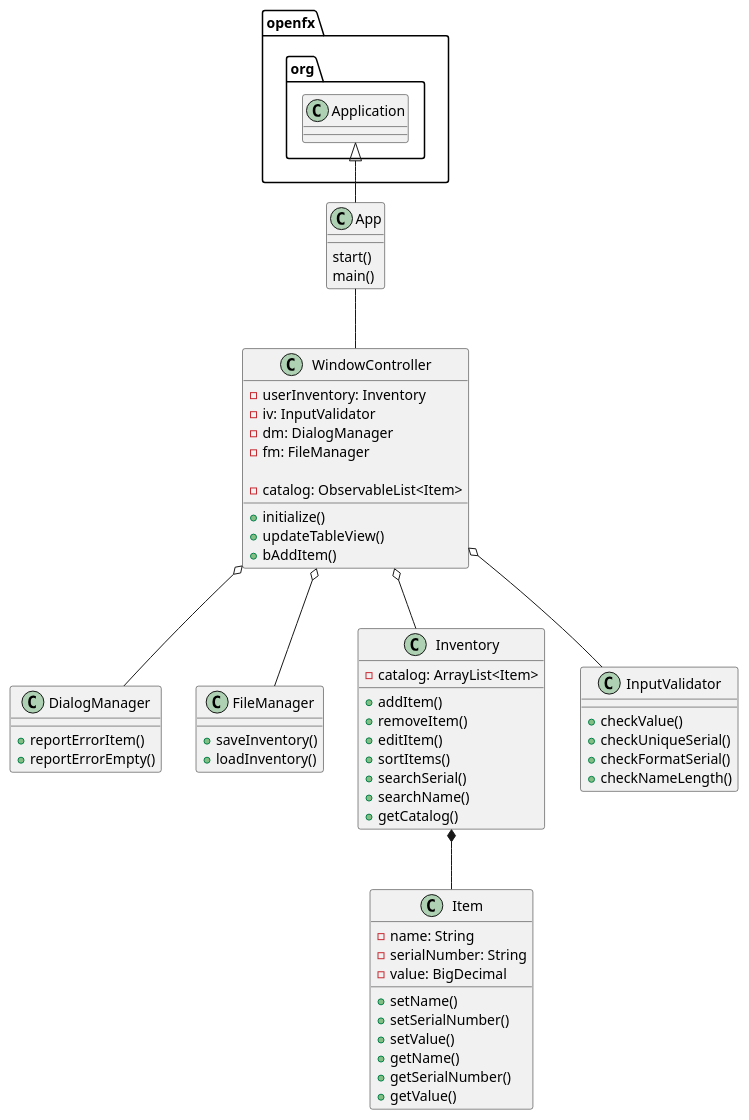
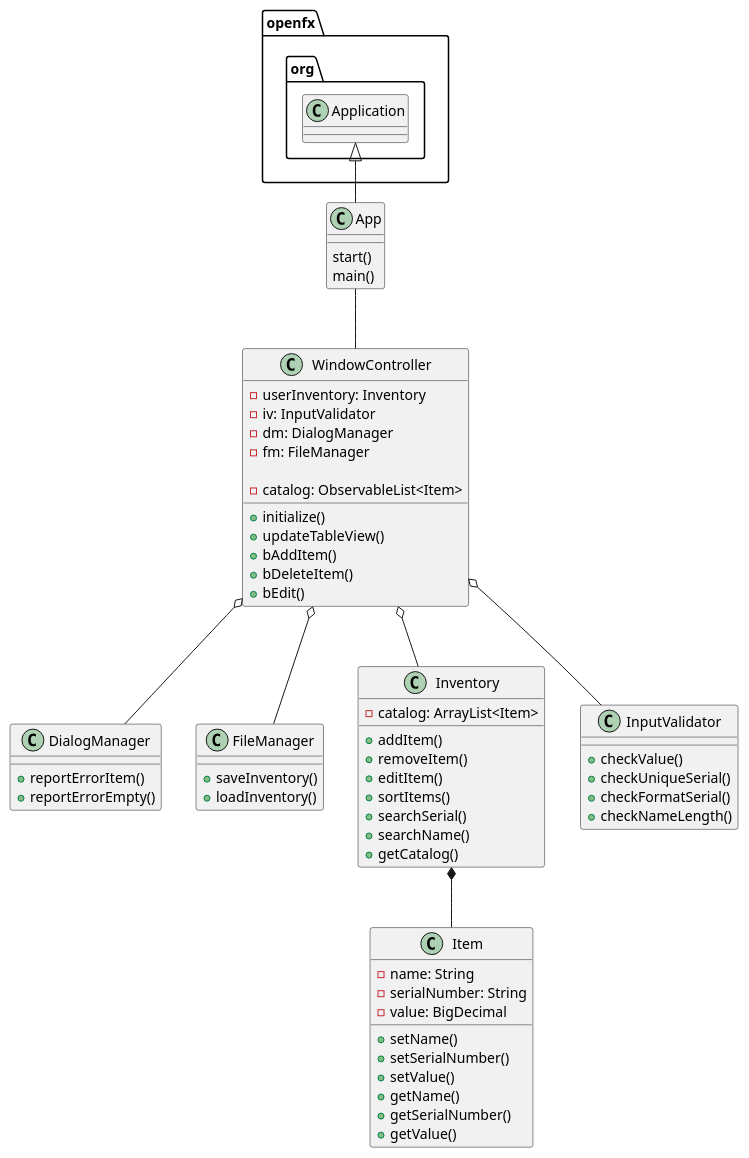
The diagram in uml/Inventory.puml (kingraham228/Ingraham-7945-a5), drawn with PlantUML before and after one commit. The commit also changed 4 other files, not shown here.

Commit message:
Edit item testing

```diff
--- a/uml/Inventory.puml
+++ b/uml/Inventory.puml
@@ -1,69 +1,71 @@
 @startuml
 class App{
 start()
 main()
 }
 
 class WindowController{
 - userInventory: Inventory
 - iv: InputValidator
 - dm: DialogManager
 - fm: FileManager
 
 - catalog: ObservableList<Item>
 
 +initialize()
 +updateTableView()
 +bAddItem()
++bDeleteItem()
++bEdit()
 }
 
 class DialogManager{
 +reportErrorItem()
 +reportErrorEmpty()
 }
 
 class FileManager{
 +saveInventory()
 +loadInventory()
 }
 
 class Inventory{
 - catalog: ArrayList<Item>
 
 +addItem()
 +removeItem()
 +editItem()
 +sortItems()
 +searchSerial()
 +searchName()
 +getCatalog()
 }
 
 class Item{
 -name: String
 -serialNumber: String
 -value: BigDecimal
 
 +setName()
 +setSerialNumber()
 +setValue()
 +getName()
 +getSerialNumber()
 +getValue()
 }
 
 class InputValidator{
 + checkValue()
 + checkUniqueSerial()
 + checkFormatSerial()
 + checkNameLength()
 }
 
 openfx.org.Application <|-- App
 App -- WindowController
 WindowController o-- DialogManager
 WindowController o-- FileManager
 WindowController o-- Inventory
 Inventory *-- Item
 WindowController o-- InputValidator
 @enduml
```
